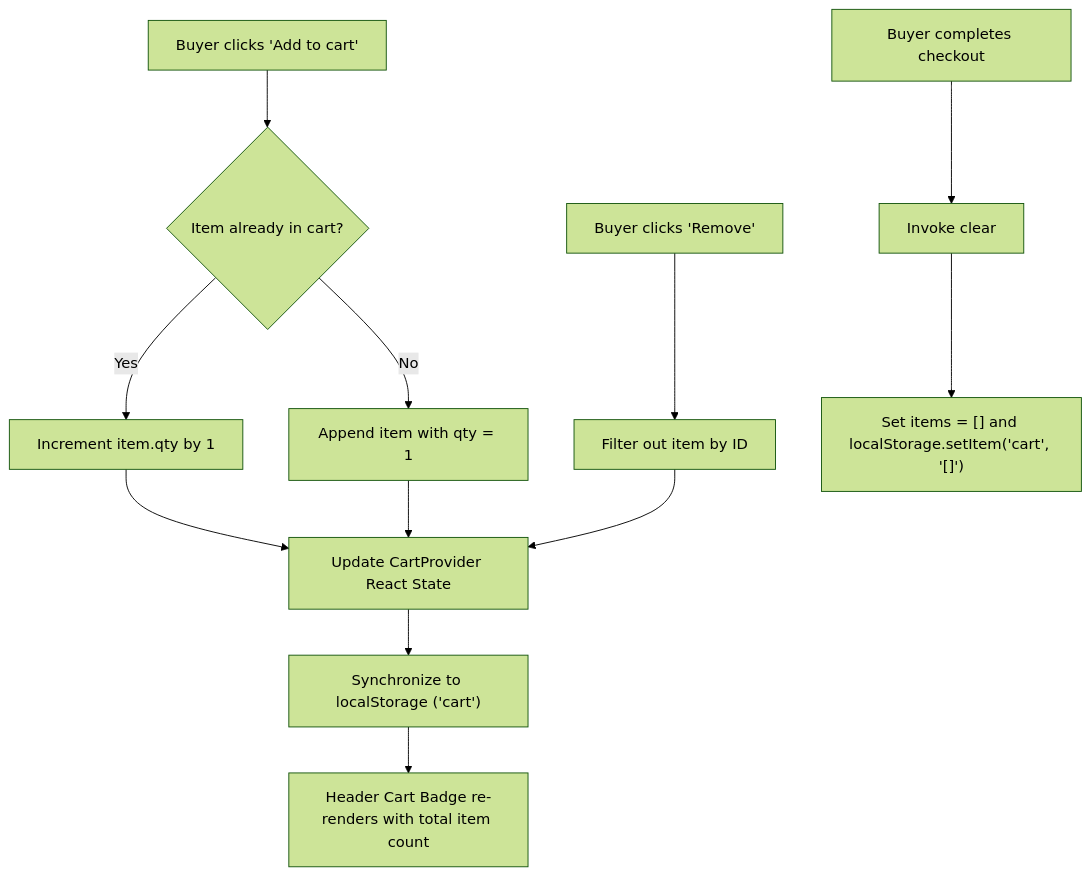
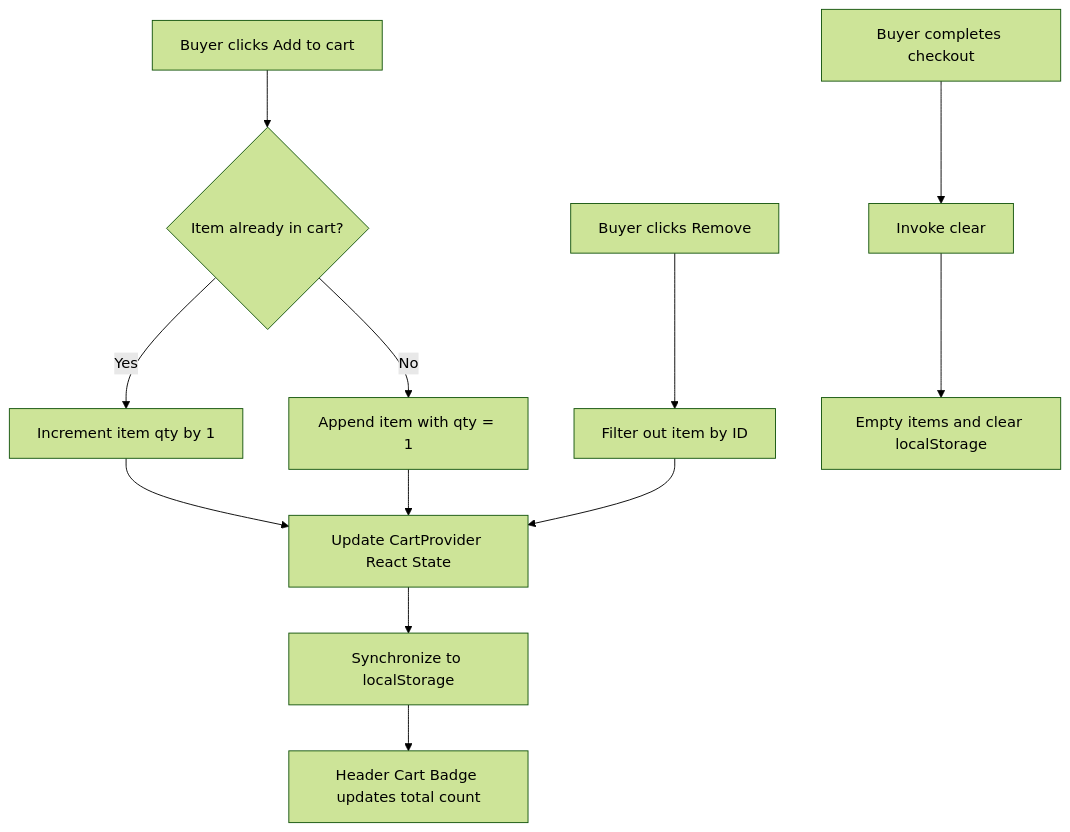
Before and after one commit to maheshwaraks13/KaustiKart: the sixth of 11 diagrams in README.md, drawn with Mermaid (forest theme). The commit also changed other lines of this file, not shown here.

Commit message:
fix: sanitize Mermaid diagram labels and syntax for GitHub renderer

````diff
--- a/README.md
+++ b/README.md
@@ -389,16 +389,16 @@
 ```mermaid
 flowchart TD
-    A[Buyer clicks 'Add to cart'] --> B{Item already in cart?}
-    B -->|Yes| C[Increment item.qty by 1]
-    B -->|No| D[Append item with qty = 1]
-    C --> E[Update CartProvider React State]
+    A["Buyer clicks Add to cart"] --> B{"Item already in cart?"}
+    B -->|Yes| C["Increment item qty by 1"]
+    B -->|No| D["Append item with qty = 1"]
+    C --> E["Update CartProvider React State"]
     D --> E
-    E --> F["Synchronize to localStorage ('cart')"]
-    F --> G[Header Cart Badge re-renders with total item count]
+    E --> F["Synchronize to localStorage"]
+    F --> G["Header Cart Badge updates total count"]
     
-    H[Buyer clicks 'Remove'] --> I[Filter out item by ID]
+    H["Buyer clicks Remove"] --> I["Filter out item by ID"]
     I --> E
     
-    J[Buyer completes checkout] --> K[Invoke clear]
-    K --> L["Set items = [] and localStorage.setItem('cart', '[]')"]
+    J["Buyer completes checkout"] --> K["Invoke clear"]
+    K --> L["Empty items and clear localStorage"]
 ```
````
